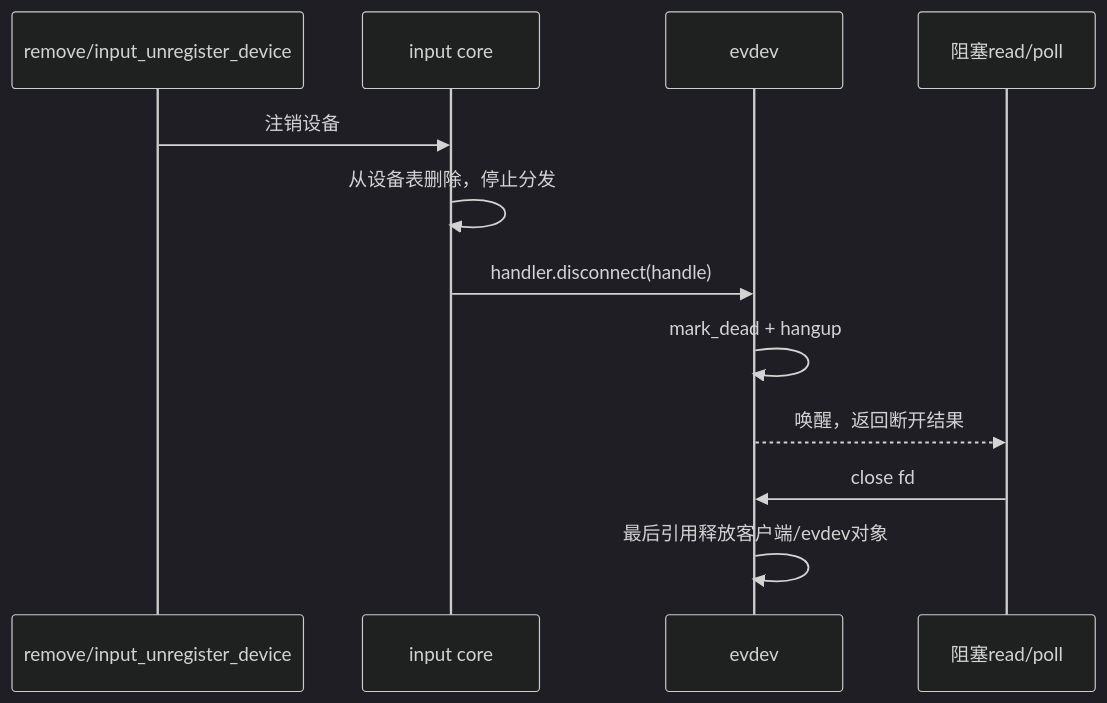
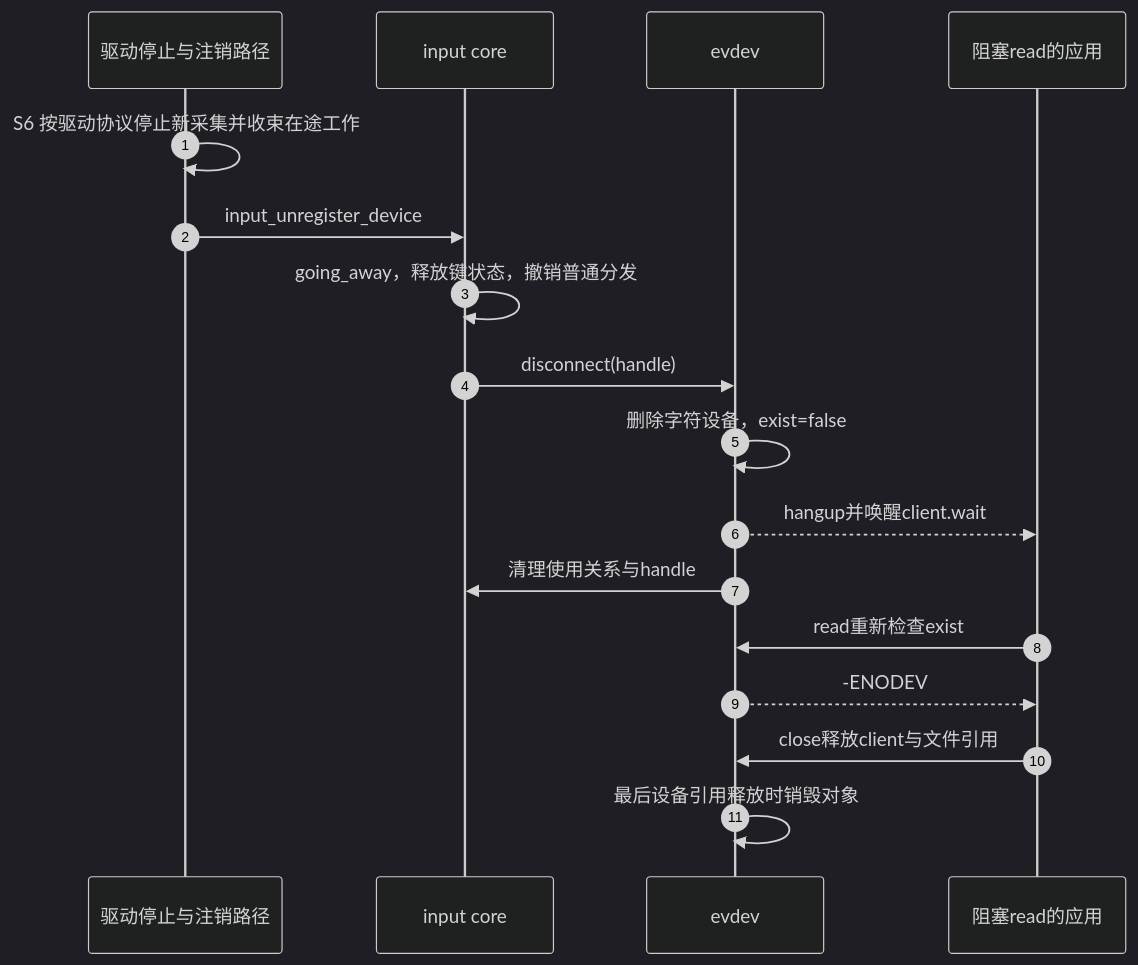
The third of 3 diagrams in knowledge/driver_model/input/P02_体系结构与事件传递.md (FormingSystem/linux_note), drawn with Mermaid (dark theme) before and after one commit. The commit also changed other lines of this file and 14 other files, not shown here.

````diff
--- a/knowledge/driver_model/input/P02_体系结构与事件传递.md
+++ b/knowledge/driver_model/input/P02_体系结构与事件传递.md
@@ -125,14 +163,19 @@
 ```mermaid
 sequenceDiagram
-    participant R as remove/input_unregister_device
-    participant C as input core
+    autonumber
+    participant D as 驱动停止与注销路径
+    participant I as input core
     participant E as evdev
-    participant U as 阻塞read/poll
-    R->>C: 注销设备
-    C->>C: 从设备表删除，停止分发
-    C->>E: handler.disconnect(handle)
-    E->>E: mark_dead + hangup
-    E-->>U: 唤醒，返回断开结果
-    U->>E: close fd
-    E->>E: 最后引用释放客户端/evdev对象
+    participant U as 阻塞read的应用
+    D->>D: S6 按驱动协议停止新采集并收束在途工作
+    D->>I: input_unregister_device
+    I->>I: going_away，释放键状态，撤销普通分发
+    I->>E: disconnect(handle)
+    E->>E: 删除字符设备，exist=false
+    E-->>U: hangup并唤醒client.wait
+    E->>I: 清理使用关系与handle
+    U->>E: read重新检查exist
+    E-->>U: -ENODEV
+    U->>E: close释放client与文件引用
+    E->>E: 最后设备引用释放时销毁对象
 ```
````
